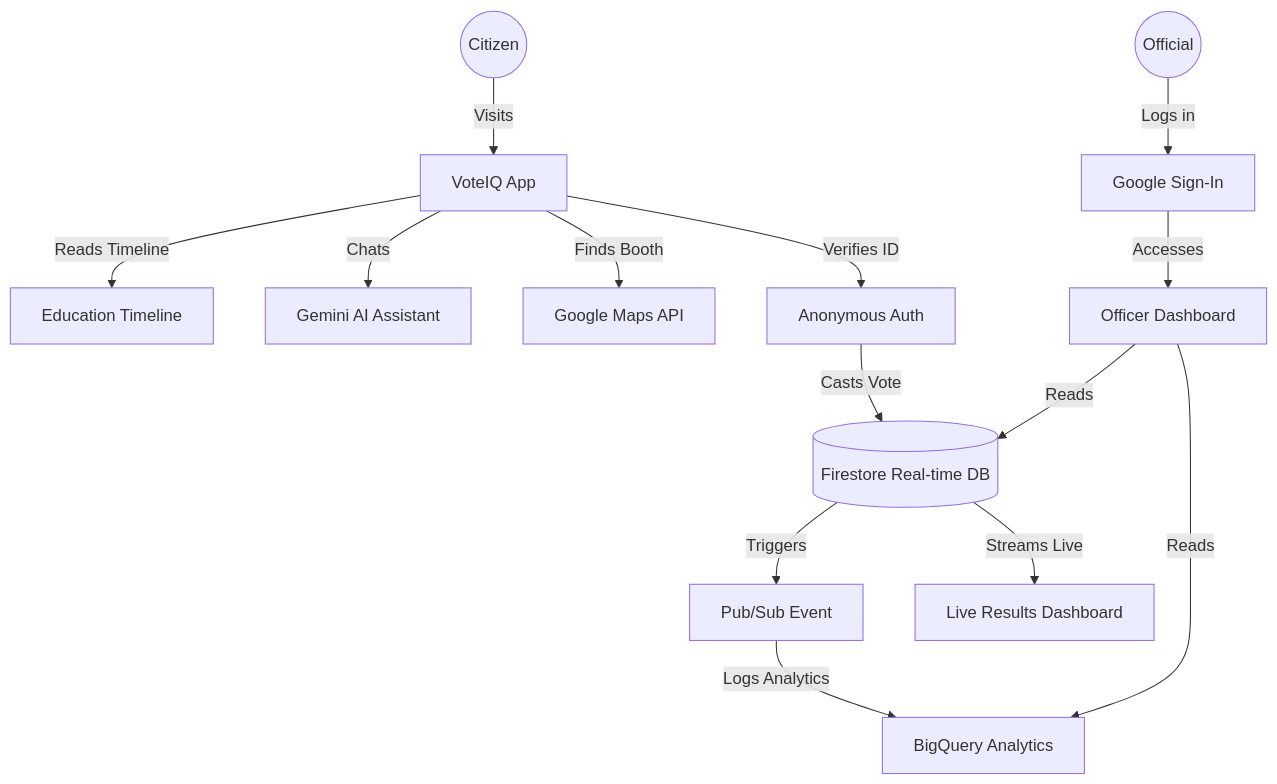
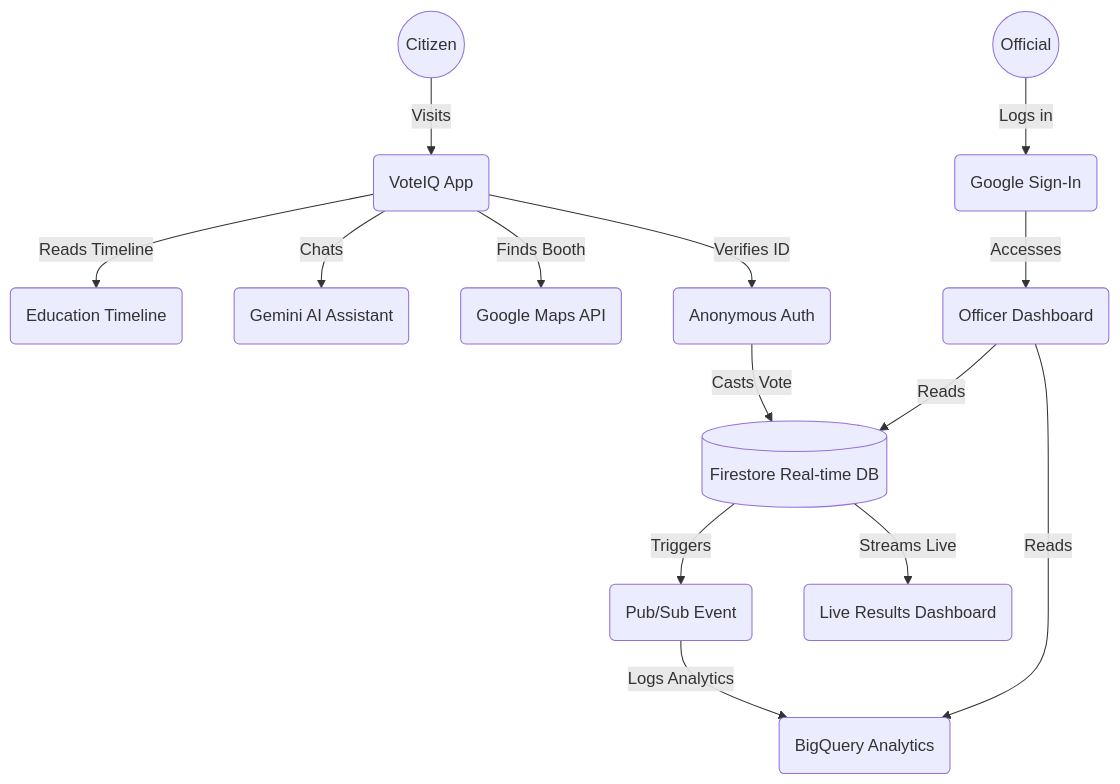
Before and after one commit to CodeWithMehru/VoteIQ: the diagram in README.md, drawn with Mermaid. The commit also changed other lines of this file and 71 other files, not shown here.

````diff
--- a/README.md
+++ b/README.md
@@ -28,16 +28,16 @@
 ```mermaid
 graph TD
-    User((Citizen)) -->|Visits| App["VoteIQ App"]
-    App -->|Reads Timeline| TL["Education Timeline"]
-    App -->|Chats| AI["Gemini AI Assistant"]
-    App -->|Finds Booth| Map["Google Maps API"]
-    App -->|Verifies ID| Auth["Anonymous Auth"]
-    Auth -->|Casts Vote| DB[("Firestore Real-time DB")]
-    DB -->|Triggers| PS["Pub/Sub Event"]
-    PS -->|Logs Analytics| BQ["BigQuery Analytics"]
-    DB -->|Streams Live| LR["Live Results Dashboard"]
-    Officer((Official)) -->|Logs in| OAuth["Google Sign-In"]
-    OAuth -->|Accesses| Dashboard["Officer Dashboard"]
+    User((Citizen)) -->|Visits| App(VoteIQ App)
+    App -->|Reads Timeline| TL(Education Timeline)
+    App -->|Chats| AI(Gemini AI Assistant)
+    App -->|Finds Booth| Map(Google Maps API)
+    App -->|Verifies ID| Auth(Anonymous Auth)
+    Auth -->|Casts Vote| DB[(Firestore Real-time DB)]
+    DB -->|Triggers| PS(Pub/Sub Event)
+    PS -->|Logs Analytics| BQ(BigQuery Analytics)
+    DB -->|Streams Live| LR(Live Results Dashboard)
+    Officer((Official)) -->|Logs in| OAuth(Google Sign-In)
+    OAuth -->|Accesses| Dashboard(Officer Dashboard)
     Dashboard -->|Reads| DB
     Dashboard -->|Reads| BQ
 ```
````
